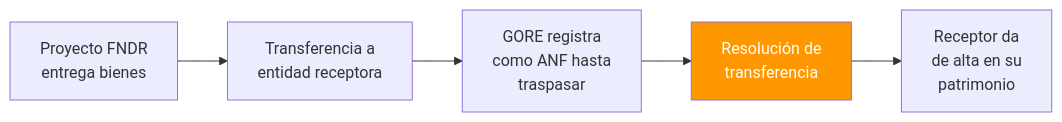
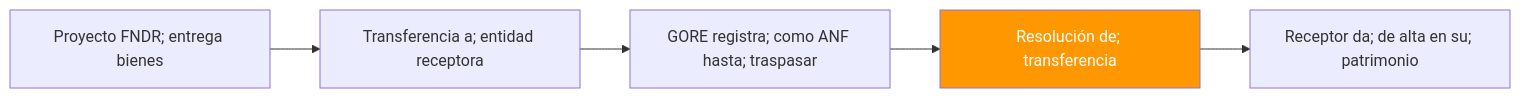
Before and after one commit to felix-antonio-sl/kora: diagram 12 of 12 in drafts/gn/bpmn/bpmn-d05-inventarios-activo-fijo.md, drawn with Mermaid. The commit also changed other lines of this file and 265 other files, not shown here.

````diff
--- a/drafts/gn/bpmn/bpmn-d05-inventarios-activo-fijo.md
+++ b/drafts/gn/bpmn/bpmn-d05-inventarios-activo-fijo.md
@@ -238,8 +276,9 @@
 ```mermaid
 flowchart LR
-    A["Proyecto FNDR<br/>entrega bienes"] --> B["Transferencia a<br/>entidad receptora"]
-    B --> C["GORE registra<br/>como ANF hasta<br/>traspasar"]
-    C --> D["Resolución de<br/>transferencia"]
-    D --> E["Receptor da<br/>de alta en su<br/>patrimonio"]
-    style D fill:#FF9800,color:#fff
+ A["Proyecto FNDR; entrega bienes"] --> B["Transferencia a; entidad receptora"]
+ B --> C["GORE registra; como ANF hasta; traspasar"]
+ C --> D["Resolución de; transferencia"]
+ D --> E["Receptor da; de alta en su; patrimonio"]
+
+ style D fill:#FF9800,color:#fff
 ```
````
